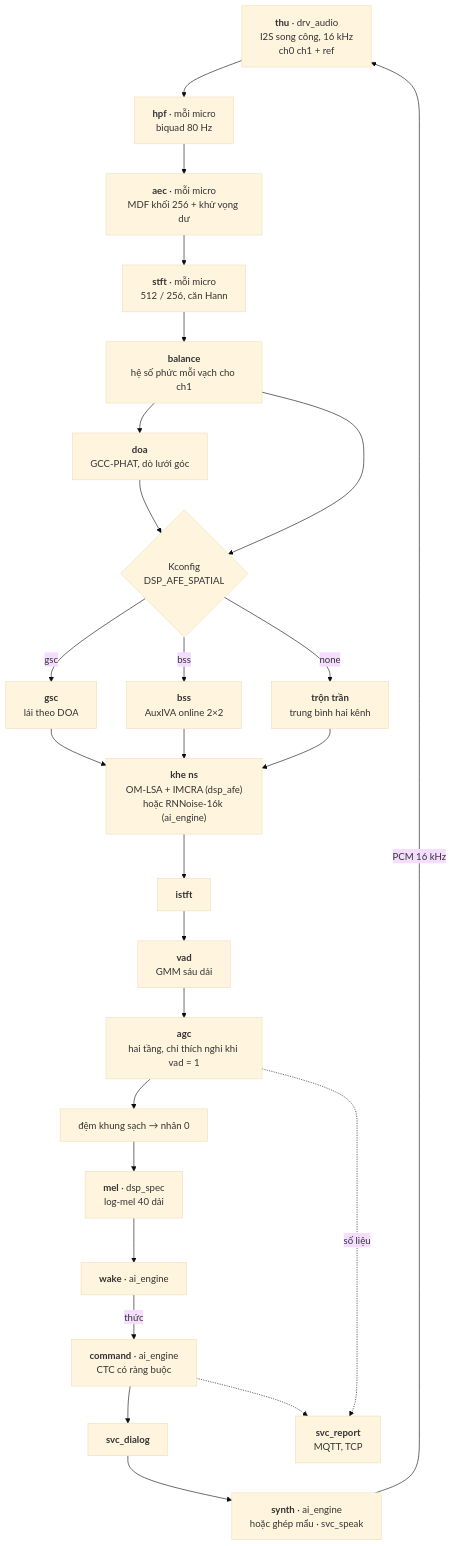
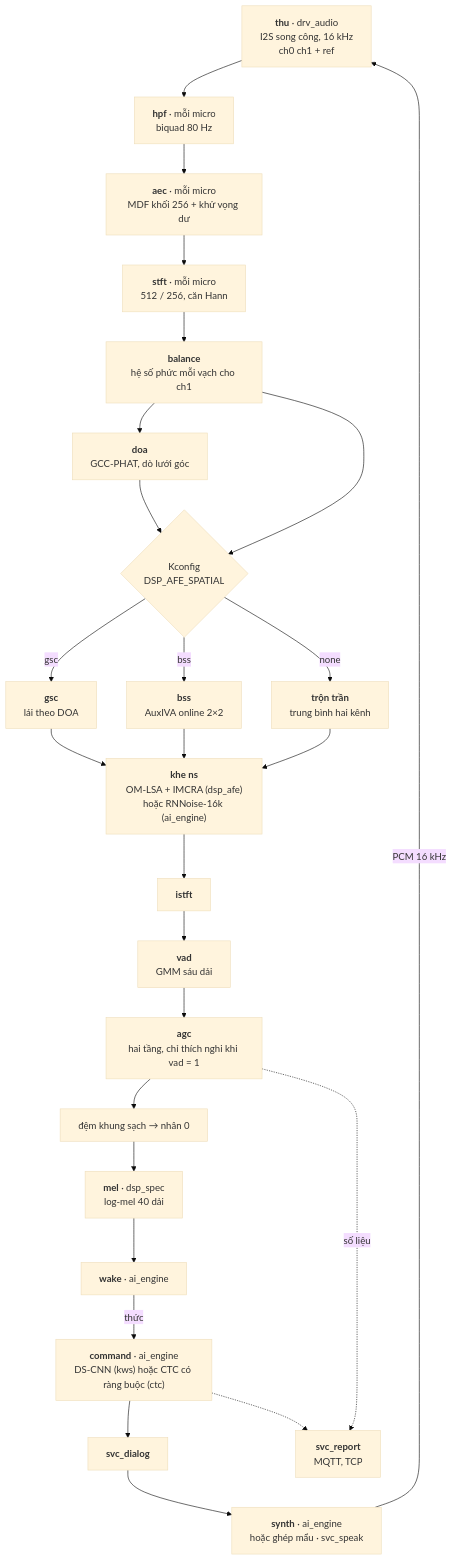
The diagram in docs/KE_HOACH_esp_sr_esp32s3.md (dovanviet04112004/esp-sr), drawn with Mermaid (base theme) before and after one commit. The commit also changed other lines of this file, not shown here.

First line of the commit message:
docs(plan): run command on a kws or a ctc track behind one contract

````diff
--- a/docs/KE_HOACH_esp_sr_esp32s3.md
+++ b/docs/KE_HOACH_esp_sr_esp32s3.md
@@ -380,28 +381,28 @@
 ```mermaid
 flowchart TB
     A["<b>thu</b> · drv_audio<br/>I2S song công, 16 kHz<br/>ch0 ch1 + ref"] --> B
     B["<b>hpf</b> · mỗi micro<br/>biquad 80 Hz"] --> C
     C["<b>aec</b> · mỗi micro<br/>MDF khối 256 + khử vọng dư"] --> D
     D["<b>stft</b> · mỗi micro<br/>512 / 256, căn Hann"] --> E
     E["<b>balance</b><br/>hệ số phức mỗi vạch cho ch1"] --> F
     F["<b>doa</b><br/>GCC-PHAT, dò lưới góc"] --> G
     E --> G
     G{"Kconfig<br/>DSP_AFE_SPATIAL"} -->|"gsc"| H1["<b>gsc</b><br/>lái theo DOA"]
     G -->|"bss"| H2["<b>bss</b><br/>AuxIVA online 2×2"]
     G -->|"none"| H3["<b>trộn trần</b><br/>trung bình hai kênh"]
     H1 --> I
     H2 --> I
     H3 --> I
     I["<b>khe ns</b><br/>OM-LSA + IMCRA (dsp_afe)<br/>hoặc RNNoise-16k (ai_engine)"] --> J
     J["<b>istft</b>"] --> K
     K["<b>vad</b><br/>GMM sáu dải"] --> L
     L["<b>agc</b><br/>hai tầng, chỉ thích nghi khi vad = 1"] --> M
     M["đệm khung sạch → nhân 0"] --> N
     N["<b>mel</b> · dsp_spec<br/>log-mel 40 dải"] --> O
     O["<b>wake</b> · ai_engine"] -->|"thức"| P
-    P["<b>command</b> · ai_engine<br/>CTC có ràng buộc"] --> Q
+    P["<b>command</b> · ai_engine<br/>DS-CNN (kws) hoặc CTC có ràng buộc (ctc)"] --> Q
     Q["<b>svc_dialog</b>"] --> R
     R["<b>synth</b> · ai_engine<br/>hoặc ghép mẩu · svc_speak"] -->|"PCM 16 kHz"| A
     L -.->|"số liệu"| S["<b>svc_report</b><br/>MQTT, TCP"]
     P -.-> S
 ```
````
